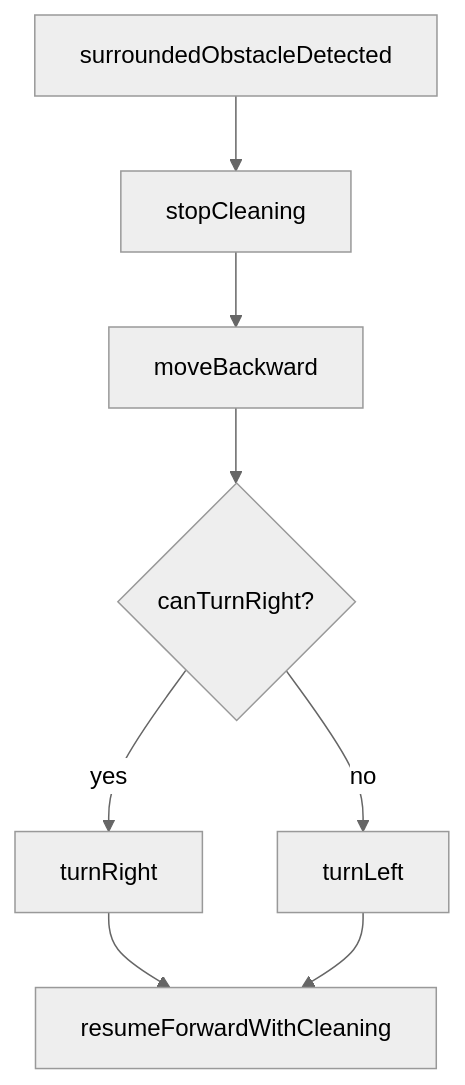
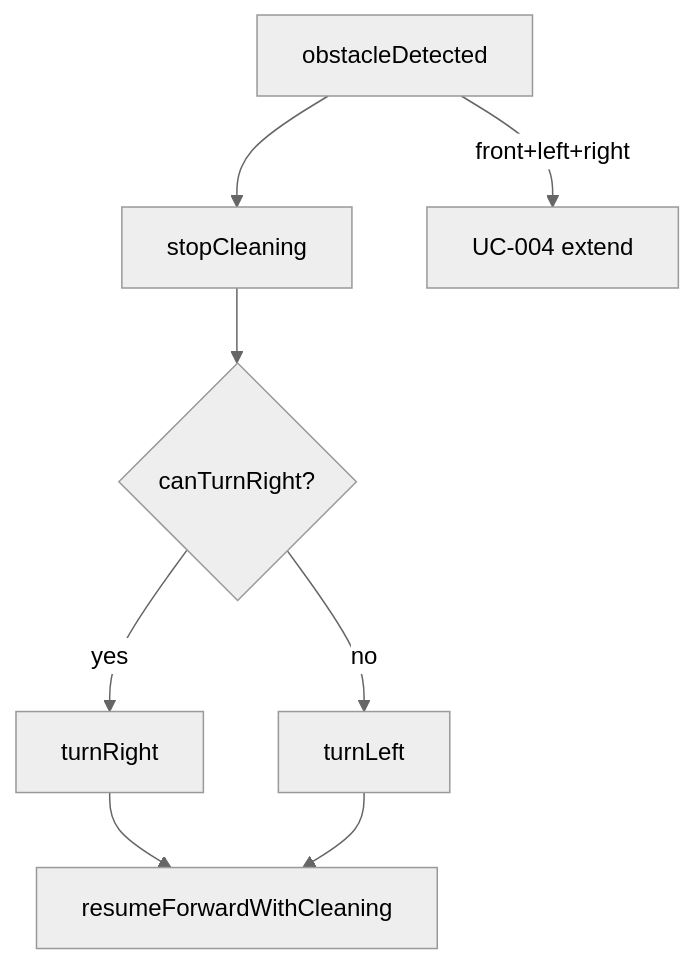
One commit to yul2yak/rvc_control_ooad changed the first of 4 diagrams in docs/OOA/UseCases/UC-003.md. Above: the diagram before and after it, drawn with Mermaid (neutral theme). The commit also changed other lines of this file and 9 other files, not shown here.

Commit message:
Use Case Diagram 추가, 스킬 추가

````diff
--- a/docs/OOA/UseCases/UC-003.md
+++ b/docs/OOA/UseCases/UC-003.md
@@ -60,10 +63,10 @@
 ```mermaid
 flowchart TD
-  Start[surroundedObstacleDetected] --> Stop[stopCleaning]
-  Stop --> Back[moveBackward]
-  Back --> Check{canTurnRight?}
+  Start[obstacleDetected] --> Stop[stopCleaning]
+  Stop --> Check{canTurnRight?}
   Check -->|yes| TryR[turnRight]
   Check -->|no| TryL[turnLeft]
   TryR --> Resume[resumeForwardWithCleaning]
   TryL --> Resume
+  Start -->|front+left+right| UC004[UC-004 extend]
 ```
````
